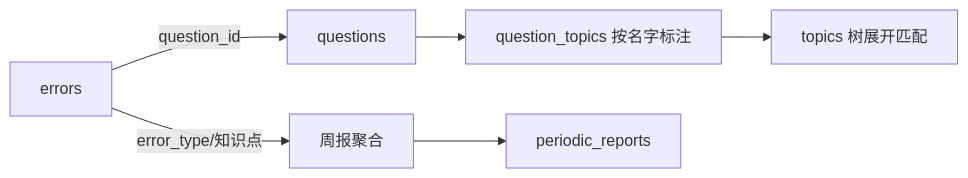
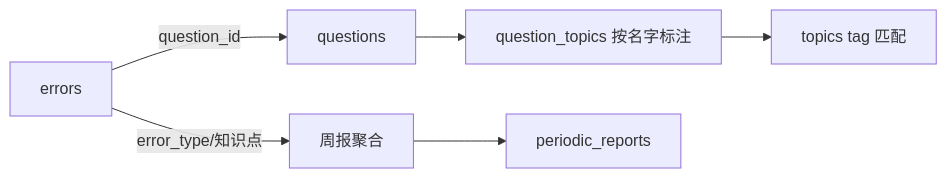
One commit to ttzc/gaokao_rag changed the diagram in docs/store/db/errors.md. Above: the diagram before and after it, drawn with Mermaid. The commit also changed 12 other files, not shown here.

First line of the commit message:
docs: topics 从树形降级为 MVP 扁平 tag

````diff
--- a/docs/store/db/errors.md
+++ b/docs/store/db/errors.md
@@ -52,7 +52,7 @@
 ```mermaid
 flowchart LR
     E[errors] -->|question_id| Q[questions]
     E -->|error_type/知识点| AGG[周报聚合]
-    Q --> QT[question_topics 按名字标注] --> T[topics 树展开匹配]
+    Q --> QT[question_topics 按名字标注] --> T[topics tag 匹配]
     AGG --> R[periodic_reports]
 ```
````
